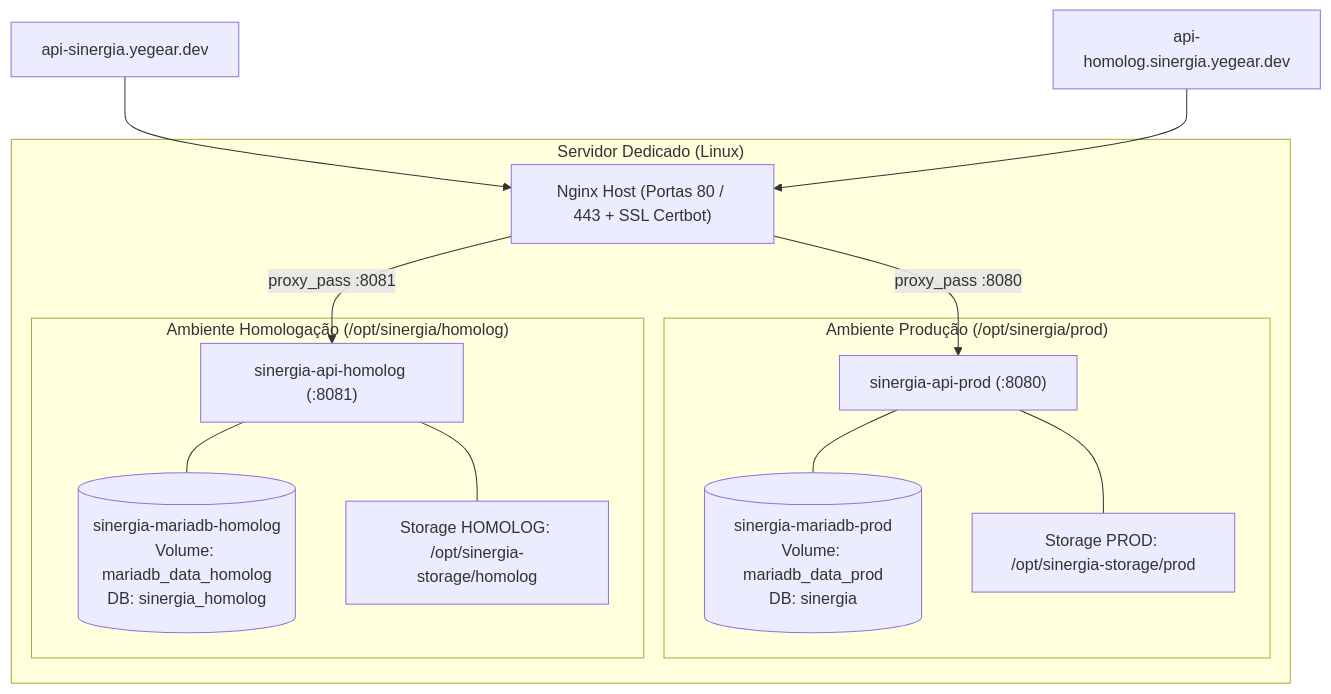
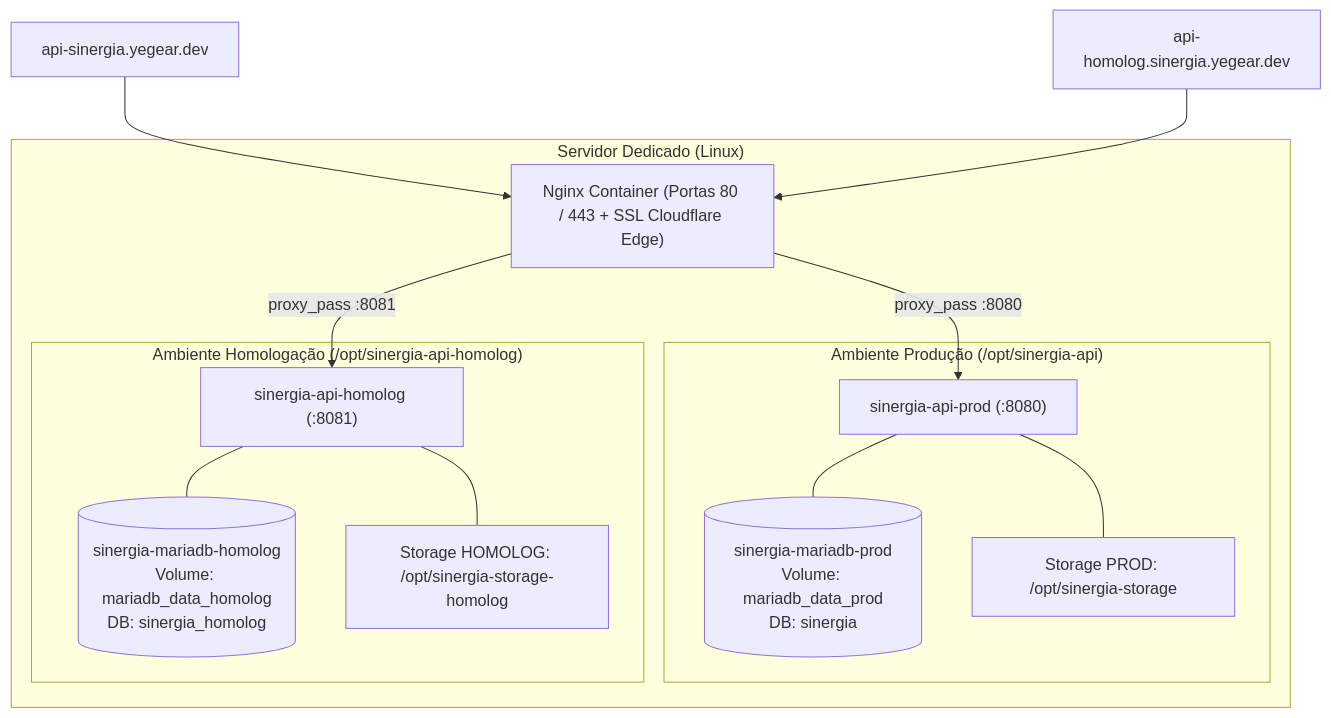
One commit to Sinergia-application/.github changed the third of 4 diagrams in docs/PLANO_CI_CD_GOVERNANCA_E_MONITORAMENTO.md. Above: the diagram before and after it, drawn with Mermaid. The commit also changed other lines of this file, not shown here.

Commit message:
docs: atualizar caminhos reais do servidor e arquitetura ssl/nginx container

````diff
--- a/docs/PLANO_CI_CD_GOVERNANCA_E_MONITORAMENTO.md
+++ b/docs/PLANO_CI_CD_GOVERNANCA_E_MONITORAMENTO.md
@@ -185,28 +185,28 @@
 ```mermaid
 flowchart TD
     subgraph HostServer["Servidor Dedicado (Linux)"]
-        NGINX["Nginx Host (Portas 80 / 443 + SSL Certbot)"]
+        NGINX["Nginx Container (Portas 80 / 443 + SSL Cloudflare Edge)"]
         
-        subgraph ProdStack["Ambiente Produção (/opt/sinergia/prod)"]
+        subgraph ProdStack["Ambiente Produção (/opt/sinergia-api)"]
             API_P["sinergia-api-prod (:8080)"]
             DB_P[("sinergia-mariadb-prod\nVolume: mariadb_data_prod\nDB: sinergia")]
-            STORAGE_P["Storage PROD: /opt/sinergia-storage/prod"]
+            STORAGE_P["Storage PROD: /opt/sinergia-storage"]
         end
 
-        subgraph HomologStack["Ambiente Homologação (/opt/sinergia/homolog)"]
+        subgraph HomologStack["Ambiente Homologação (/opt/sinergia-api-homolog)"]
             API_H["sinergia-api-homolog (:8081)"]
             DB_H[("sinergia-mariadb-homolog\nVolume: mariadb_data_homolog\nDB: sinergia_homolog")]
-            STORAGE_H["Storage HOMOLOG: /opt/sinergia-storage/homolog"]
+            STORAGE_H["Storage HOMOLOG: /opt/sinergia-storage-homolog"]
         end
     end
 
     DOM_PROD["api-sinergia.yegear.dev"] --> NGINX
     DOM_HOMOLOG["api-homolog.sinergia.yegear.dev"] --> NGINX
     NGINX -->|proxy_pass :8080| API_P
     NGINX -->|proxy_pass :8081| API_H
     
     API_P --- DB_P
     API_P --- STORAGE_P
     API_H --- DB_H
     API_H --- STORAGE_H
 ```
````
